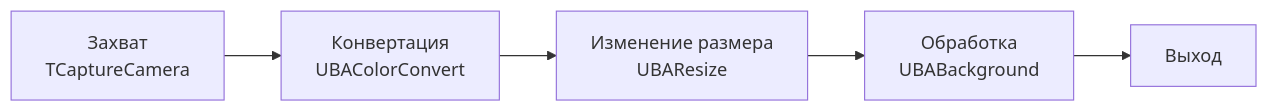
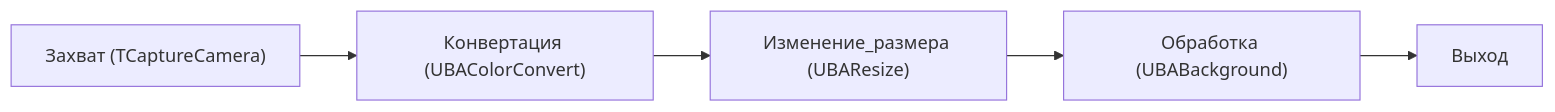
The first of 3 diagrams in Docs/Diagrams/Image-Processing-Pipeline.md (aicommunity/Rdk-CvBasicLib), drawn with Mermaid before and after one commit. The commit also changed other lines of this file and 2 other files, not shown here.

````diff
--- a/Docs/Diagrams/Image-Processing-Pipeline.md
+++ b/Docs/Diagrams/Image-Processing-Pipeline.md
@@ -7,13 +7,13 @@
 ```mermaid
 flowchart LR
-    Capture[Захват<br/>TCaptureCamera]
-    Convert[Конвертация<br/>UBAColorConvert]
-    Resize[Изменение размера<br/>UBAResize]
-    Process[Обработка<br/>UBABackground]
+    Capture["Захват (TCaptureCamera)"]
+    Convert["Конвертация (UBAColorConvert)"]
+    Resize["Изменение_размера (UBAResize)"]
+    Process["Обработка (UBABackground)"]
     Output[Выход]
     
     Capture --> Convert
     Convert --> Resize
     Resize --> Process
     Process --> Output
 ```
````
